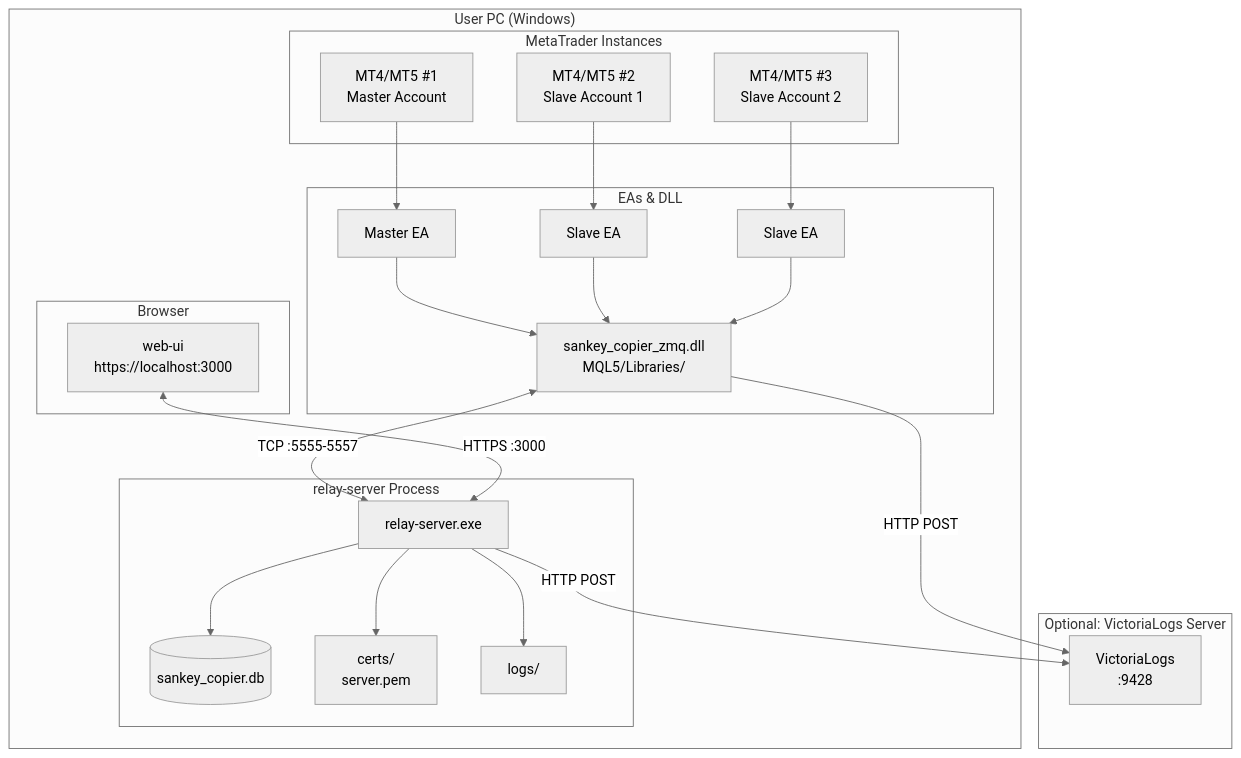
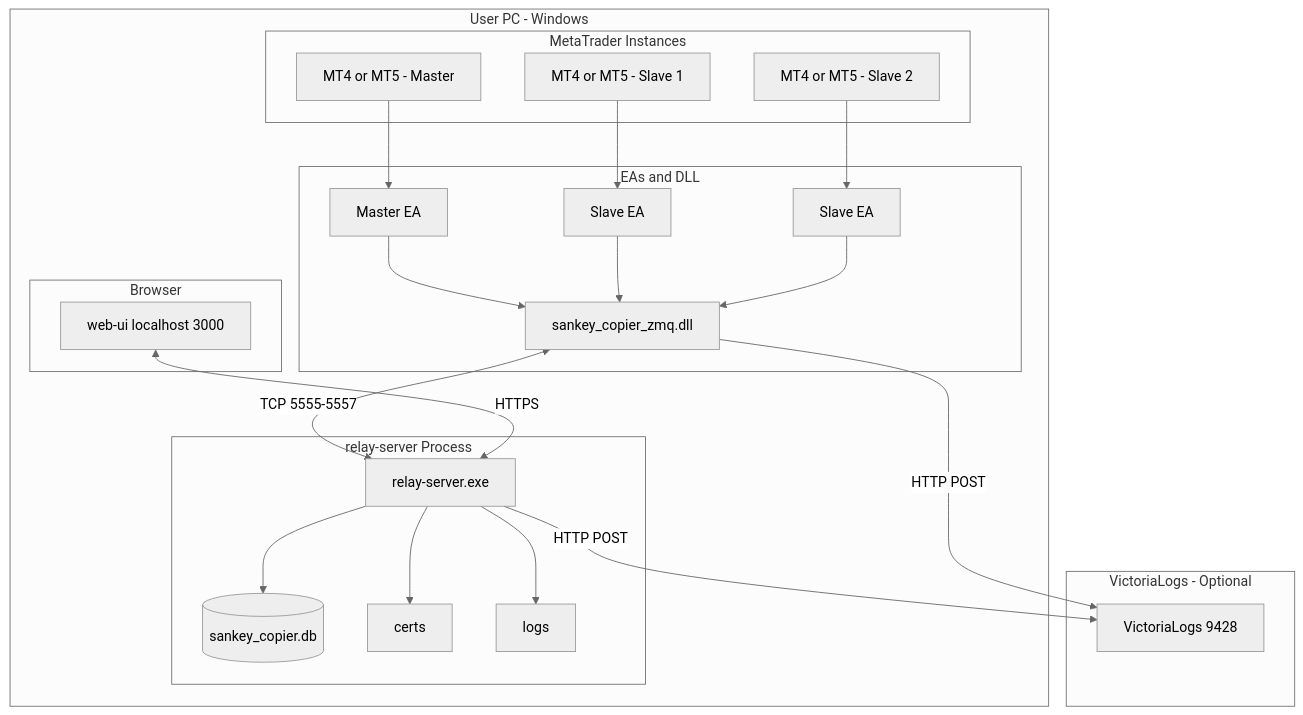
Before and after one commit to poruru210/sankey-copier: diagram 11 of 13 in docs/README.md, drawn with Mermaid (neutral theme). The commit also changed other lines of this file, not shown here.

First line of the commit message:
fix: mermaid構文エラーを修正

````diff
--- a/docs/README.md
+++ b/docs/README.md
@@ -623,49 +622,49 @@
 ```mermaid
 graph TB
-    subgraph "User PC (Windows)"
-        subgraph "MetaTrader Instances"
-            MT1[MT4/MT5 #1<br/>Master Account]
-            MT2[MT4/MT5 #2<br/>Slave Account 1]
-            MT3[MT4/MT5 #3<br/>Slave Account 2]
+    subgraph user_pc["User PC - Windows"]
+        subgraph mt_instances["MetaTrader Instances"]
+            MT1["MT4 or MT5 - Master"]
+            MT2["MT4 or MT5 - Slave 1"]
+            MT3["MT4 or MT5 - Slave 2"]
         end
 
-        subgraph "EAs & DLL"
-            EA1[Master EA]
-            EA2[Slave EA]
-            EA3[Slave EA]
-            DLL[sankey_copier_zmq.dll<br/>MQL5/Libraries/]
+        subgraph eas_dll["EAs and DLL"]
+            EA1["Master EA"]
+            EA2["Slave EA"]
+            EA3["Slave EA"]
+            DLL["sankey_copier_zmq.dll"]
         end
 
-        subgraph "relay-server Process"
-            RS[relay-server.exe]
-            DB[(sankey_copier.db)]
-            CERTS[certs/<br/>server.pem]
-            LOGS[logs/]
+        subgraph relay_process["relay-server Process"]
+            RS["relay-server.exe"]
+            DB[("sankey_copier.db")]
+            CERTS["certs"]
+            LOGS["logs"]
         end
 
-        subgraph "Browser"
-            WEB[web-ui<br/>https://localhost:3000]
+        subgraph browser["Browser"]
+            WEB["web-ui localhost 3000"]
         end
 
         MT1 --> EA1
         MT2 --> EA2
         MT3 --> EA3
         EA1 --> DLL
         EA2 --> DLL
         EA3 --> DLL
 
-        DLL <-->|TCP :5555-5557| RS
+        DLL <-->|TCP 5555-5557| RS
         RS --> DB
         RS --> CERTS
         RS --> LOGS
 
-        WEB <-->|HTTPS :3000| RS
+        WEB <-->|HTTPS| RS
     end
 
-    subgraph "Optional: VictoriaLogs Server"
-        VL[VictoriaLogs<br/>:9428]
+    subgraph vlogs["VictoriaLogs - Optional"]
+        VL["VictoriaLogs 9428"]
     end
 
     RS -->|HTTP POST| VL
     DLL -->|HTTP POST| VL
 ```
````
